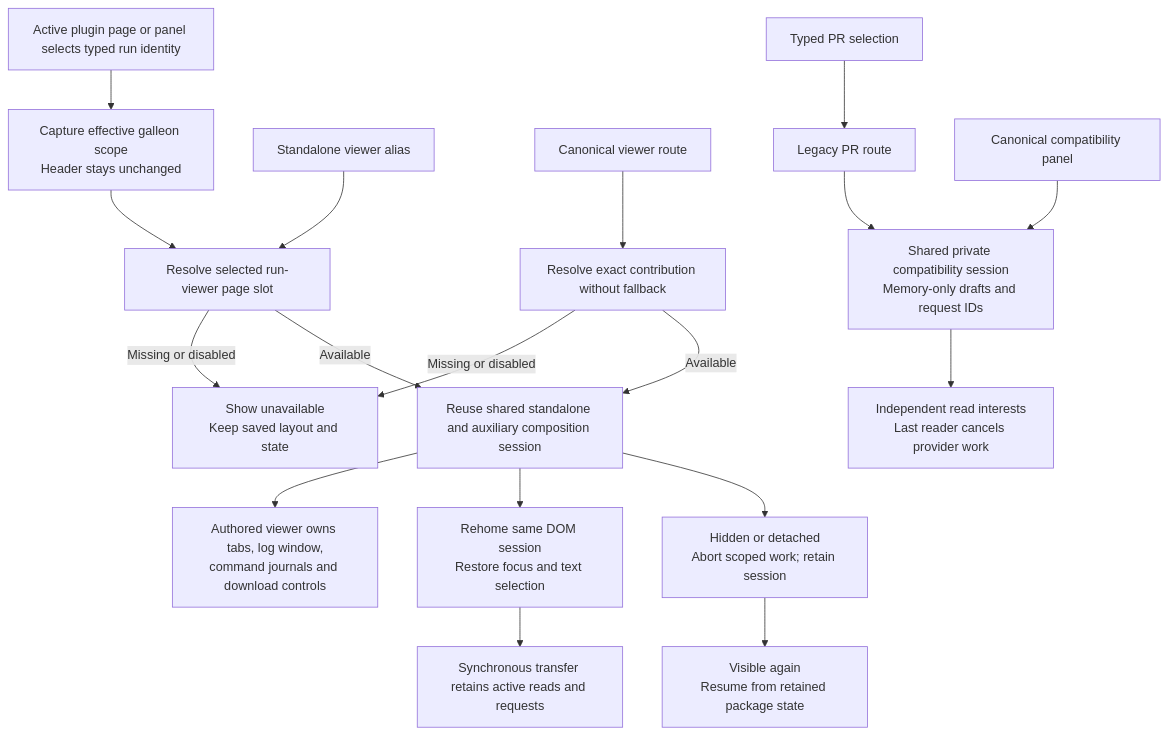
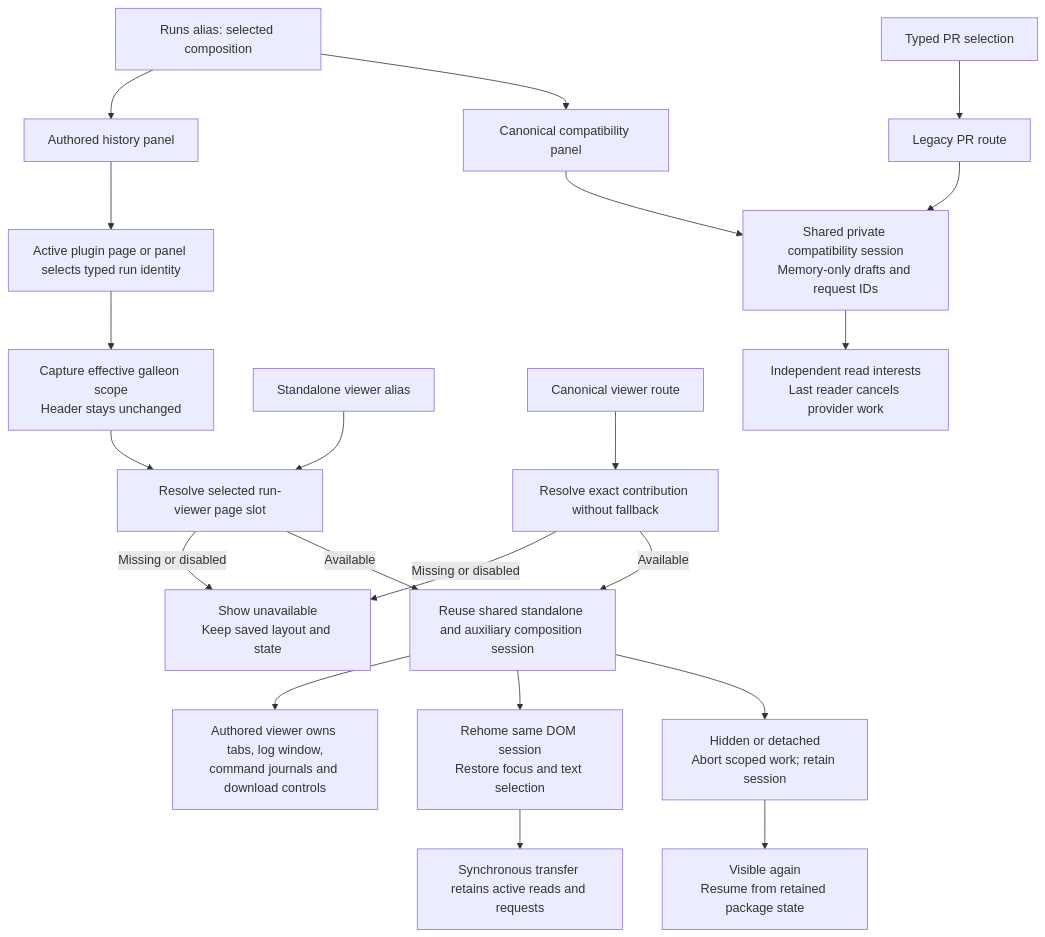
One commit to nloehlein-godaddy/helmsman changed the third of 9 diagrams in docs/helmsman-process.md. Above: the diagram before and after it, drawn with Mermaid. The commit also changed other lines of this file and 49 other files, not shown here.

Commit message:
feat: route Runs through an authored composition

````diff
--- a/docs/helmsman-process.md
+++ b/docs/helmsman-process.md
@@ -76,20 +76,23 @@
 ```mermaid
 flowchart TD
+    Runs[Runs alias: selected composition] --> History[Authored history panel]
+    Runs --> CanonicalPR
+    History --> Selection
     Selection[Active plugin page or panel selects typed run identity] --> Scope[Capture effective galleon scope<br/>Header stays unchanged]
     Scope --> Slot[Resolve selected run-viewer page slot]
     Slot -->|Missing or disabled| Unavailable[Show unavailable<br/>Keep saved layout and state]
     Alias[Standalone viewer alias] --> Slot
     Canonical[Canonical viewer route] --> Exact[Resolve exact contribution without fallback]
     Exact -->|Missing or disabled| Unavailable
     Exact -->|Available| Auxiliary
     Slot -->|Available| Auxiliary[Reuse shared standalone and auxiliary composition session]
     Auxiliary --> Viewer[Authored viewer owns tabs, log window,<br/>command journals and download controls]
     Auxiliary --> Move[Rehome same DOM session<br/>Restore focus and text selection]
     Move --> Transfer[Synchronous transfer retains active reads and requests]
     Auxiliary --> Hidden[Hidden or detached<br/>Abort scoped work; retain session]
     Hidden --> Visible[Visible again<br/>Resume from retained package state]
     PR[Typed PR selection] --> LegacyPR[Legacy PR route]
     LegacyPR --> PRSession[Shared private compatibility session<br/>Memory-only drafts and request IDs]
     CanonicalPR[Canonical compatibility panel] --> PRSession
     PRSession --> Interests[Independent read interests<br/>Last reader cancels provider work]
 ```
````
